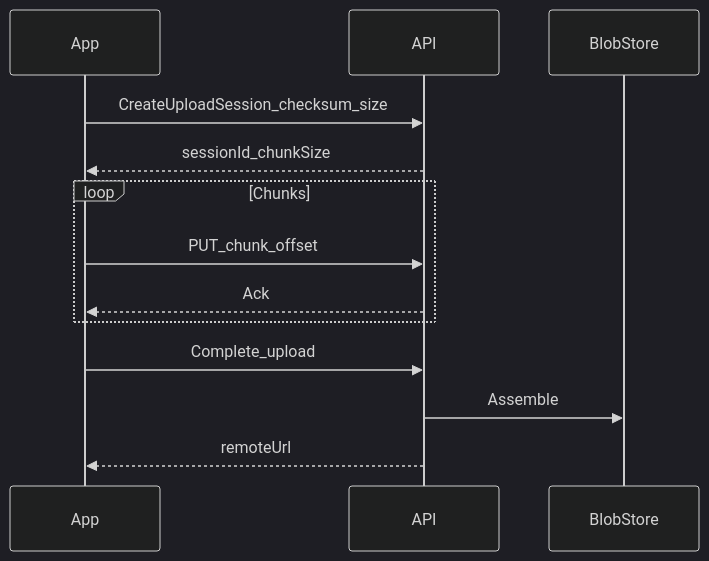
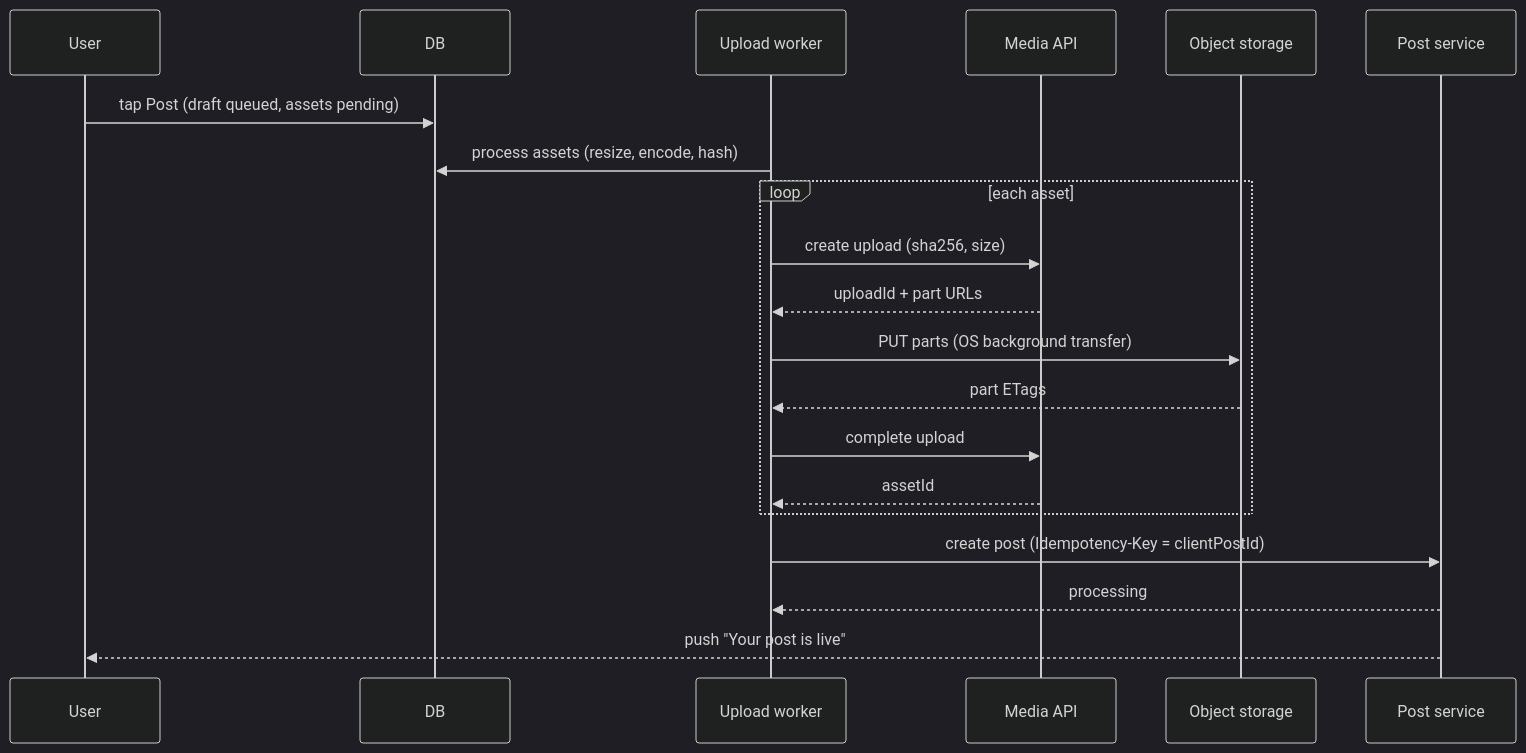
One commit to yadavsandeep24/san_system_design changed the second of 2 diagrams in book/part-3-consumer-apps/25-photo-camera-upload.md. Above: the diagram before and after it, drawn with Mermaid (dark theme). The commit also changed other lines of this file and 1 other file, not shown here.

First line of the commit message:
Rewrite Ch 25 photo upload in depth; fix Mermaid node name in Ch 18

````diff
--- a/book/part-3-consumer-apps/25-photo-camera-upload.md
+++ b/book/part-3-consumer-apps/25-photo-camera-upload.md
@@ -71,15 +148,22 @@
 ```mermaid
 sequenceDiagram
-  participant App
-  participant API
-  participant Store as BlobStore
-  App->>API: CreateUploadSession_checksum_size
-  API-->>App: sessionId_chunkSize
-  loop Chunks
-    App->>API: PUT_chunk_offset
-    API-->>App: Ack
+  participant U as User
+  participant DB
+  participant W as Upload worker
+  participant API as Media API
+  participant S as Object storage
+  participant P as Post service
+  U->>DB: tap Post (draft queued, assets pending)
+  W->>DB: process assets (resize, encode, hash)
+  loop each asset
+    W->>API: create upload (sha256, size)
+    API-->>W: uploadId + part URLs
+    W->>S: PUT parts (OS background transfer)
+    S-->>W: part ETags
+    W->>API: complete upload
+    API-->>W: assetId
   end
-  App->>API: Complete_upload
-  API->>Store: Assemble
-  API-->>App: remoteUrl
+  W->>P: create post (Idempotency-Key = clientPostId)
+  P-->>W: processing
+  P-->>U: push "Your post is live"
 ```
````
